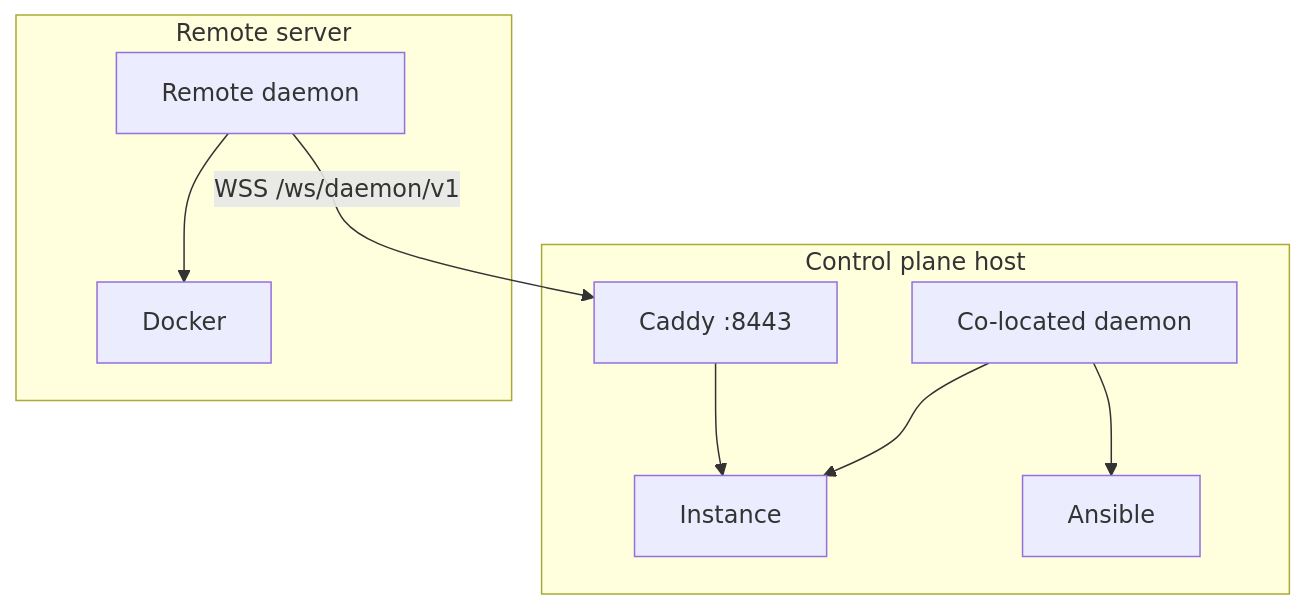
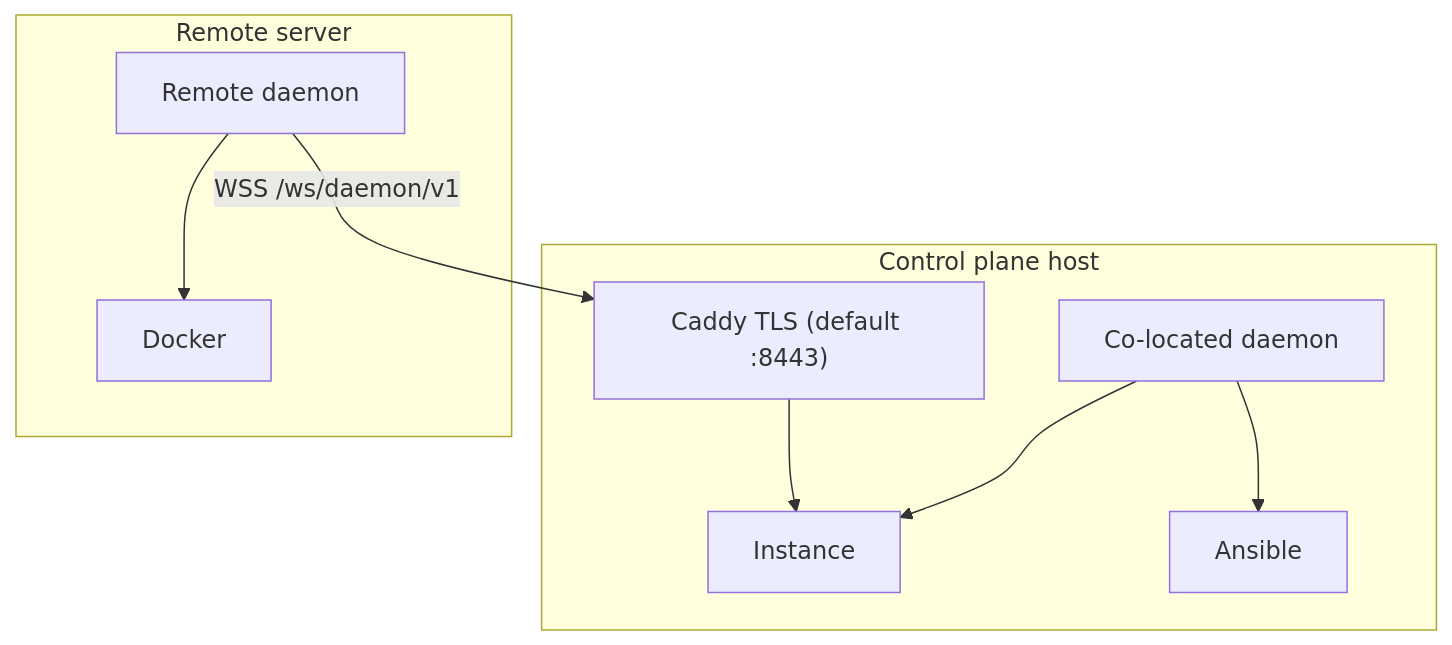
One commit to TurboPanel/website changed the diagram in docs/deployment/daemon-setup.mdx. Above: the diagram before and after it, drawn with Mermaid. The commit also changed other lines of this file and 23 other files, not shown here.

````diff
--- a/docs/deployment/daemon-setup.mdx
+++ b/docs/deployment/daemon-setup.mdx
@@ -25,13 +25,13 @@
 ```mermaid
 graph TD
     subgraph "Control plane host"
-        Caddy["Caddy :8443"] --> Instance
+        Caddy["Caddy TLS (default :8443)"] --> Instance
         CD[Co-located daemon] --> Instance
         CD --> Ansible
     end
 
     subgraph "Remote server"
         RD[Remote daemon] -->|WSS /ws/daemon/v1| Caddy
         RD --> Docker[Docker]
     end
 ```
````
